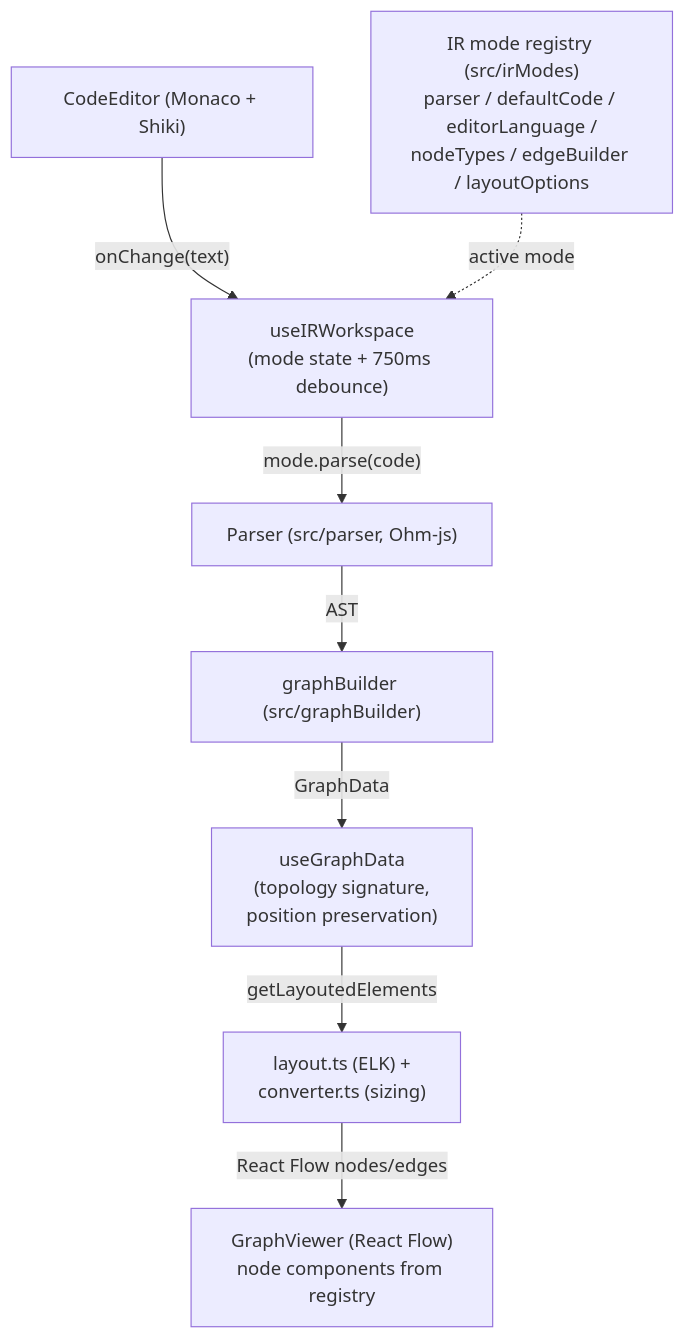
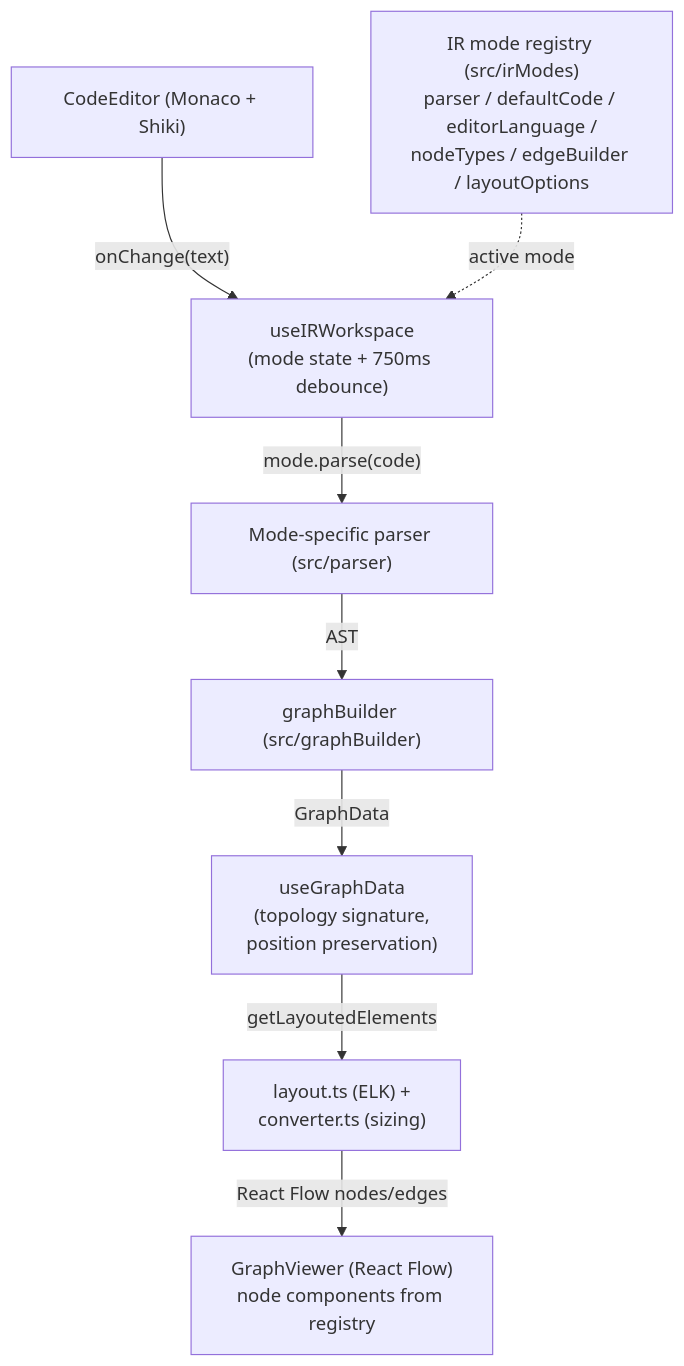
The diagram in docs/internal/architecture.md (himadajin/ir-visualizer), drawn with Mermaid before and after one commit. The commit also changed other lines of this file and 42 other files, not shown here.

````diff
--- a/docs/internal/architecture.md
+++ b/docs/internal/architecture.md
@@ -7,10 +7,10 @@
 ```mermaid
 flowchart TD
   Editor["CodeEditor (Monaco + Shiki)"] -->|"onChange(text)"| Workspace["useIRWorkspace<br/>(mode state + 750ms debounce)"]
   Registry["IR mode registry (src/irModes)<br/>parser / defaultCode / editorLanguage /<br/>nodeTypes / edgeBuilder / layoutOptions"] -.->|"active mode"| Workspace
-  Workspace -->|"mode.parse(code)"| Parser["Parser (src/parser, Ohm-js)"]
+  Workspace -->|"mode.parse(code)"| Parser["Mode-specific parser (src/parser)"]
   Parser -->|AST| Builder["graphBuilder (src/graphBuilder)"]
   Builder -->|GraphData| GraphHook["useGraphData<br/>(topology signature,<br/>position preservation)"]
   GraphHook -->|"getLayoutedElements"| Layout["layout.ts (ELK) +<br/>converter.ts (sizing)"]
   Layout -->|"React Flow nodes/edges"| Viewer["GraphViewer (React Flow)<br/>node components from registry"]
 ```
````
